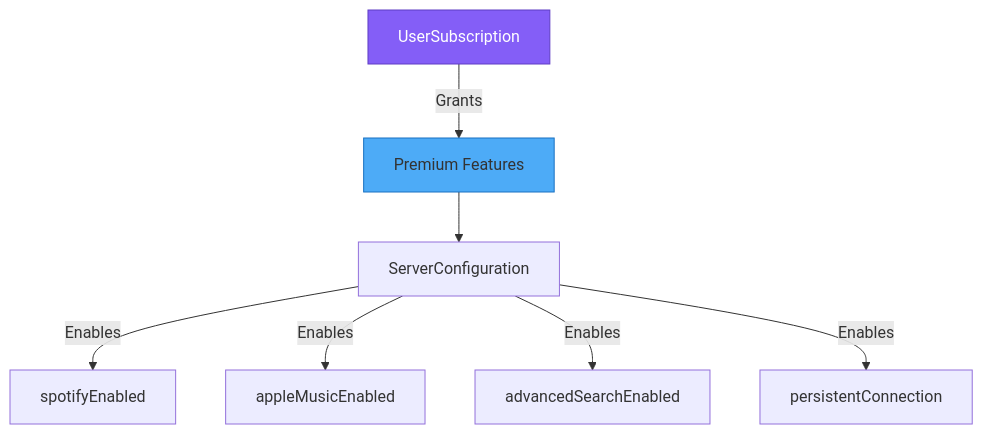
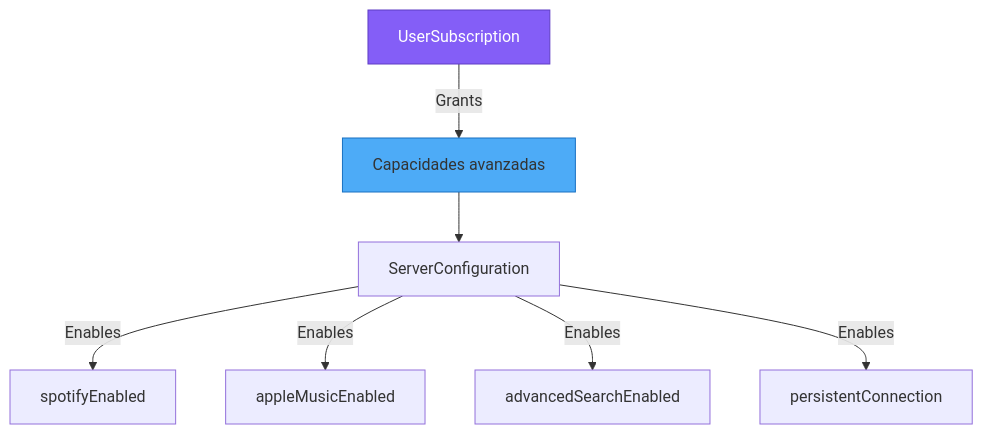
The fourth of 4 diagrams in docs/architecture/diagrams/database-schema.md (Lucascis/discord_bot), drawn with Mermaid before and after one commit. The commit also changed other lines of this file and 135 other files, not shown here.

First line of the commit message:
Stabilize platform modules and remove commercial plan flows

````diff
--- a/docs/architecture/diagrams/database-schema.md
+++ b/docs/architecture/diagrams/database-schema.md
@@ -251,12 +251,12 @@
 ```mermaid
 graph TD
-    A[UserSubscription] -->|Grants| B[Premium Features]
+    A[UserSubscription] -->|Grants| B[Capacidades avanzadas]
     B --> C[ServerConfiguration]
     C -->|Enables| D[spotifyEnabled]
     C -->|Enables| E[appleMusicEnabled]
     C -->|Enables| F[advancedSearchEnabled]
     C -->|Enables| G[persistentConnection]
 
     style A fill:#845ef7,stroke:#5f3dc4,color:#fff
     style B fill:#4dabf7,stroke:#1971c2
 ```
````
